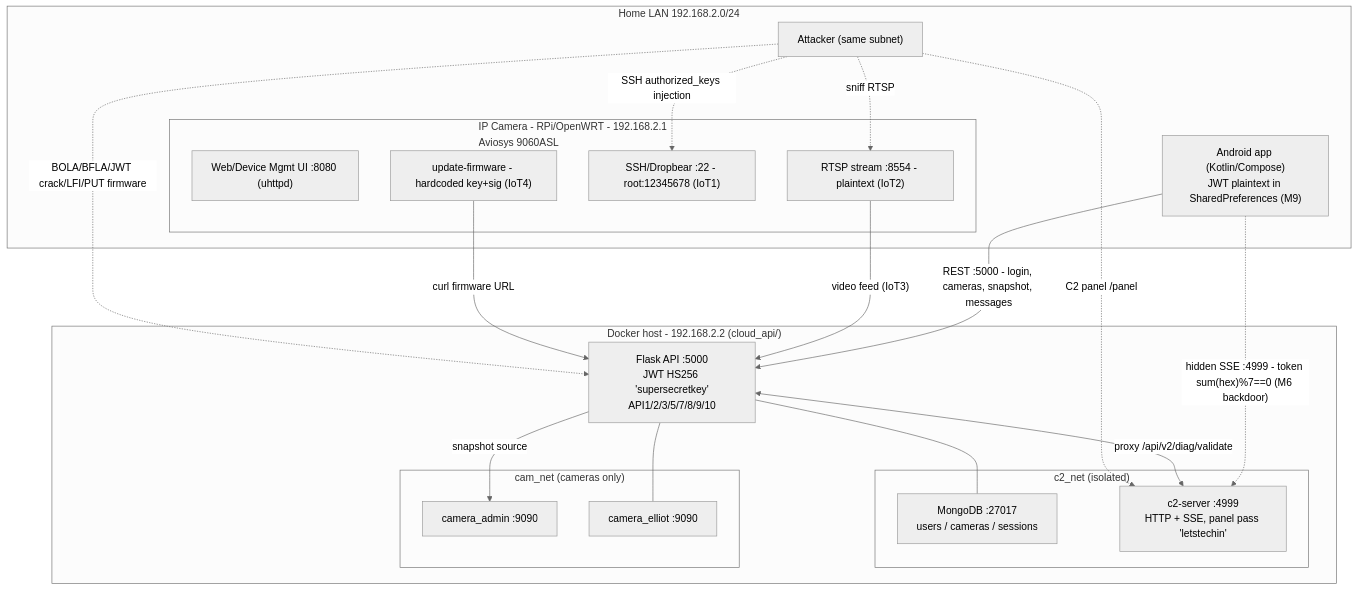
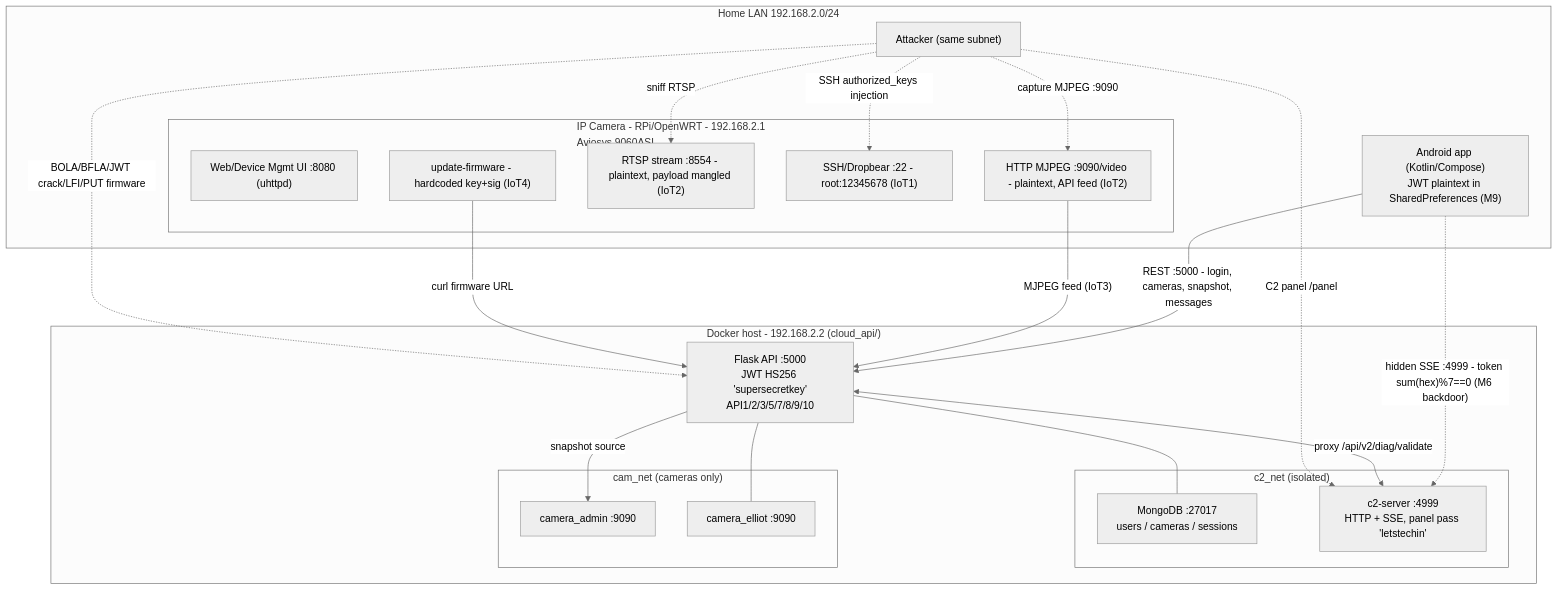
Before and after one commit to DEKRA-Cybersecurity/VulnZoo: the diagram in src/docs/OwlCam/README.md, drawn with Mermaid (neutral theme). The commit also changed 6 other files, not shown here.

First line of the commit message:
owlcam: OWL-A1 re-scope streaming, HTTP MJPEG :9090 canonical over broken RTSP

````diff
--- a/src/docs/OwlCam/README.md
+++ b/src/docs/OwlCam/README.md
@@ -151,39 +151,41 @@
 ```mermaid
 flowchart TB
     subgraph LAN["Home LAN 192.168.2.0/24"]
         ATT["Attacker (same subnet)"]
         MOB["Android app (Kotlin/Compose)<br/>JWT plaintext in SharedPreferences (M9)"]
         subgraph CAM["IP Camera - RPi/OpenWRT - 192.168.2.1<br/>Aviosys 9060ASL"]
             WEB["Web/Device Mgmt UI :8080 (uhttpd)"]
-            RTSP["RTSP stream :8554 - plaintext (IoT2)"]
+            HTTP["HTTP MJPEG :9090/video - plaintext, API feed (IoT2)"]
+            RTSP["RTSP stream :8554 - plaintext, payload mangled (IoT2)"]
             SSH["SSH/Dropbear :22 - root:12345678 (IoT1)"]
             FW["update-firmware - hardcoded key+sig (IoT4)"]
         end
     end
 
     subgraph HOST["Docker host - 192.168.2.2 (cloud_api/)"]
         API["Flask API :5000<br/>JWT HS256 'supersecretkey'<br/>API1/2/3/5/7/8/9/10"]
         subgraph C2NET["c2_net (isolated)"]
             MONGO["MongoDB :27017<br/>users / cameras / sessions"]
             C2["c2-server :4999<br/>HTTP + SSE, panel pass 'letstechin'"]
         end
         subgraph CAMNET["cam_net (cameras only)"]
             CADMIN["camera_admin :9090"]
             CELLIOT["camera_elliot :9090"]
         end
     end
 
     MOB -->|"REST :5000 - login, cameras, snapshot, messages"| API
     MOB -.->|"hidden SSE :4999 - token sum(hex)%7==0 (M6 backdoor)"| C2
     API <-->|"proxy /api/v2/diag/validate"| C2
     API --- MONGO
     API -->|"snapshot source"| CADMIN
     API --- CELLIOT
-    RTSP -->|"video feed (IoT3)"| API
+    HTTP -->|"MJPEG feed (IoT3)"| API
     FW -->|"curl firmware URL"| API
 
+    ATT -.->|"capture MJPEG :9090"| HTTP
     ATT -.->|"sniff RTSP"| RTSP
     ATT -.->|"SSH authorized_keys injection"| SSH
     ATT -.->|"BOLA/BFLA/JWT crack/LFI/PUT firmware"| API
     ATT -.->|"C2 panel /panel"| C2
 ```
````
